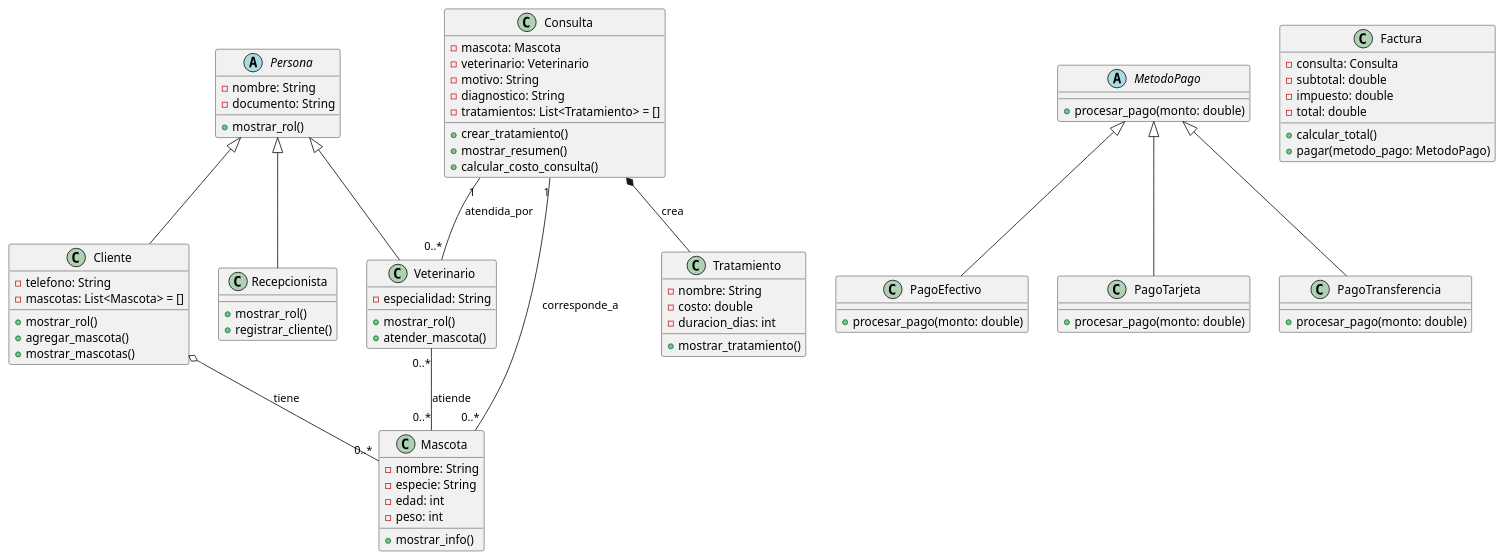
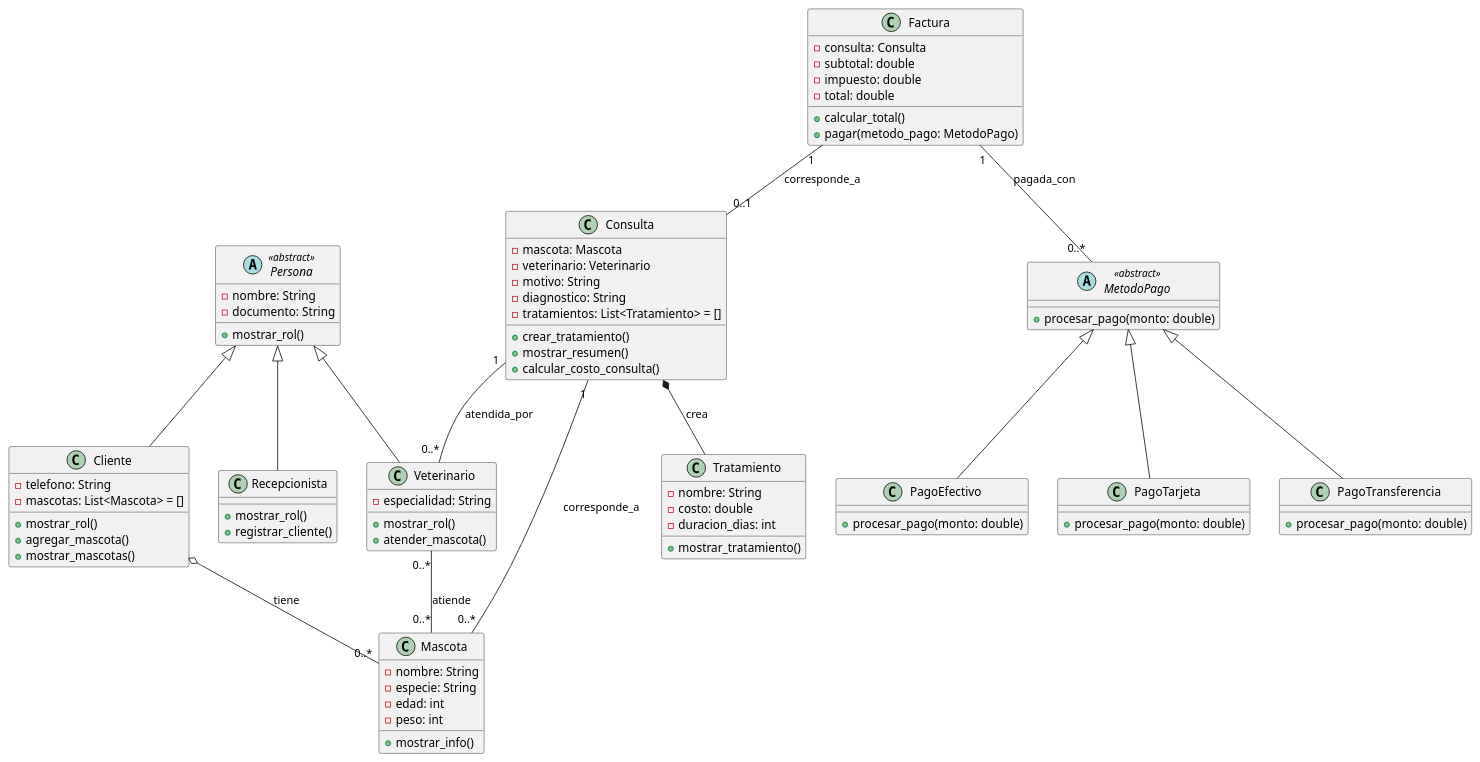
The diagram in uml.puml (Juank8816/Hospital-Veterinario), drawn with PlantUML before and after one commit.

Commit message:
Se modifica la clase Factura porque no estaba calculando los impuestos de las consultas.

```diff
--- a/uml.puml
+++ b/uml.puml
@@ -1,91 +1,99 @@
 @startuml
 abstract class Persona {
     -nombre: String
     -documento: String
     +mostrar_rol()
 }
 
 class Veterinario extends Persona{
     -especialidad: String
     +mostrar_rol()
     +atender_mascota()
 }
 
 class Recepcionista extends Persona{
     +mostrar_rol()
     +registrar_cliente()
 }
 
 class Cliente extends Persona{
     -telefono: String
     -mascotas: List<Mascota> = []
     +mostrar_rol()
     +agregar_mascota()
     +mostrar_mascotas()
 }
 
 class Mascota{
     -nombre: String
     -especie: String
     -edad: int
     -peso: int
     +mostrar_info()
 }
 
 class Consulta{
     -mascota: Mascota
     -veterinario: Veterinario
     -motivo: String
     -diagnostico: String
     -tratamientos: List<Tratamiento> = []
     +crear_tratamiento()
     +mostrar_resumen()
     +calcular_costo_consulta()
 }
 
 class Tratamiento{
     -nombre: String
     -costo: double
     -duracion_dias: int
     +mostrar_tratamiento()
 }
 
 abstract class MetodoPago{
     +procesar_pago(monto: double)
 }
 
 class PagoEfectivo extends MetodoPago{
     +procesar_pago(monto: double)
 }
 
 class PagoTarjeta extends MetodoPago{
     +procesar_pago(monto: double)
 }
 
 class PagoTransferencia extends MetodoPago{
     +procesar_pago(monto: double)
 }
 
 class Factura{
     -consulta: Consulta
     -subtotal: double
     -impuesto: double
     -total: double
     +calcular_total()
     +pagar(metodo_pago: MetodoPago)
 }
 
 'Relacion de Agregación entre Cliente y Mascota. El cliente tiene mascotas, pero estas pueden existir independientemente.
 Cliente o-- "0..*" Mascota : tiene
 
 'Relacion de Asociación entre Veterinario y Mascota. Un veterinario puede atender a varias mascotas y una mascota puede ser atendida por distintos veterinarios.
 Veterinario "0..*" -- "0..*" Mascota : atiende
 
 'Relación de Asociación entre Consulta y Veterinario. Una consulta es atendida por un veterinario, pero el veterinario puede atender múltiples consultas.
 Consulta "1" -- "0..*" Mascota : corresponde_a
 Consulta "1" -- "0..*" Veterinario : atendida_por
 
 'Relación de Composición entre Consulta y Tratamiento. Una consulta crea sus tratamientos como parte de sí misma.
 Consulta *-- Tratamiento : crea
 
+' Relación de Asociación entre Factura y Consulta. Una factura corresponde a una consulta, pero la consulta puede existir sin la factura.
+Factura "1" -- "0..1" Consulta : corresponde_a
+
+' Relación de Asociación entre Factura y MetodoPago. Una factura se paga con un método de pago, pero el método de pago puede ser utilizado para pagar múltiples facturas.
+Factura "1" -- "0..*" MetodoPago : pagada_con
+
+MetodoPago <<abstract>>
+Persona <<abstract>>
 @enduml
```
